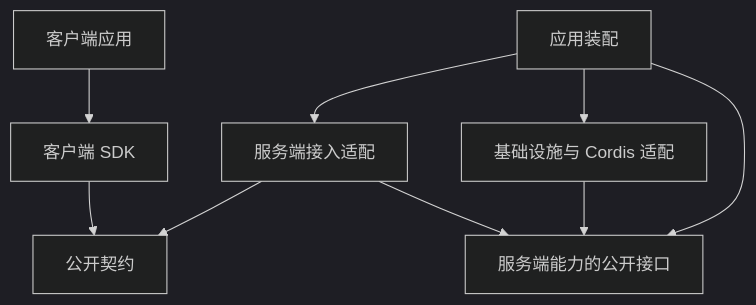
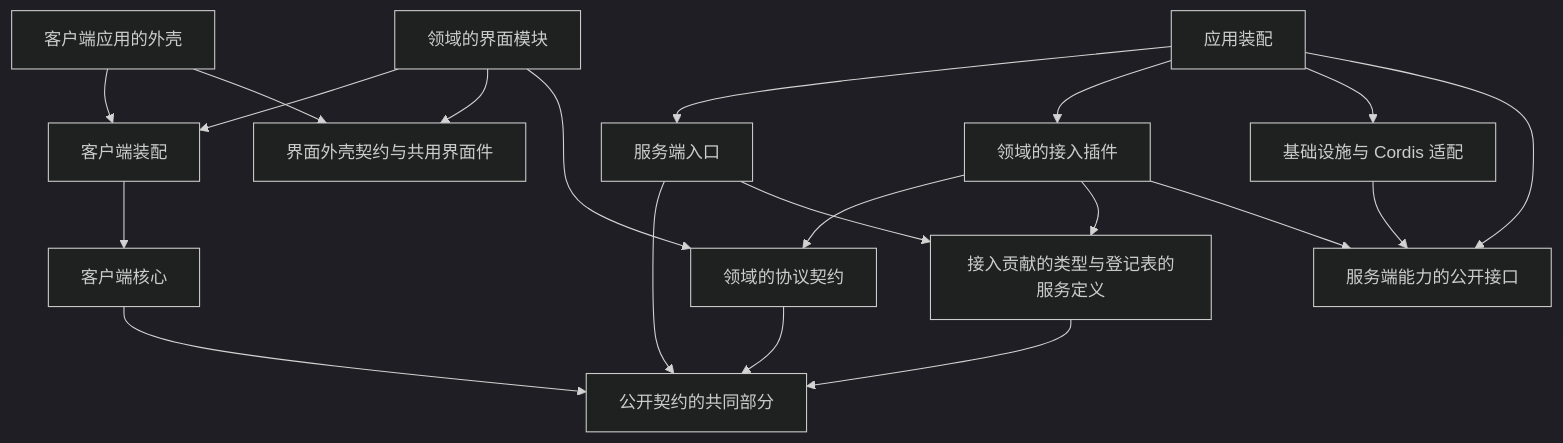
One commit to nemori-ai/omne-harness-lite changed the diagram in docs/architecture/layers-and-dependencies.md. Above: the diagram before and after it, drawn with Mermaid (dark theme). The commit also changed other lines of this file and 31 other files, not shown here.

````diff
--- a/docs/architecture/layers-and-dependencies.md
+++ b/docs/architecture/layers-and-dependencies.md
@@ -42,11 +44,22 @@
 ```mermaid
 flowchart TB
-  App[客户端应用] --> SDK[客户端 SDK]
-  SDK --> Public[公开契约]
-  Edge[服务端接入适配] --> Public
-  Edge --> Core[服务端能力的公开接口]
+  App[客户端应用的外壳] --> ClientAssembly[客户端装配]
+  App --> Frontend[界面外壳契约与共用界面件]
+  Module[领域的界面模块] --> ClientAssembly
+  Module --> Frontend
+  Module --> Protocol[领域的协议契约]
+  ClientAssembly --> ClientCore[客户端核心]
+  ClientCore --> Common[公开契约的共同部分]
+  Protocol --> Common
+  Entry[服务端入口] --> Common
+  Entry --> Contribution[接入贡献的类型与登记表的服务定义]
+  Contribution --> Common
+  Plugin[领域的接入插件] --> Protocol
+  Plugin --> Contribution
+  Plugin --> Core[服务端能力的公开接口]
   Adapter[基础设施与 Cordis 适配] --> Core
-  Assembly[应用装配] --> Edge
+  Assembly[应用装配] --> Entry
+  Assembly --> Plugin
   Assembly --> Adapter
   Assembly --> Core
 ```
````
